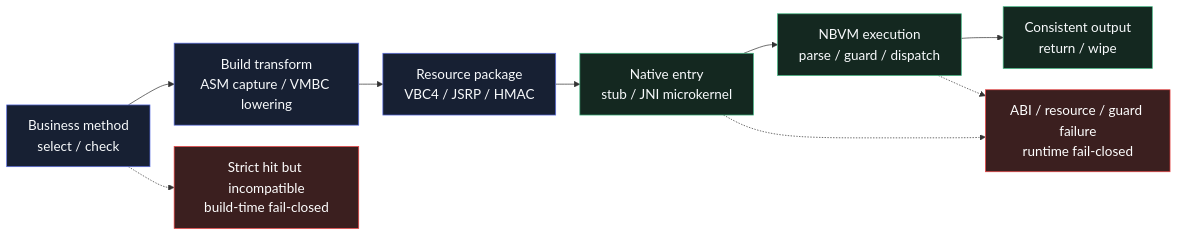
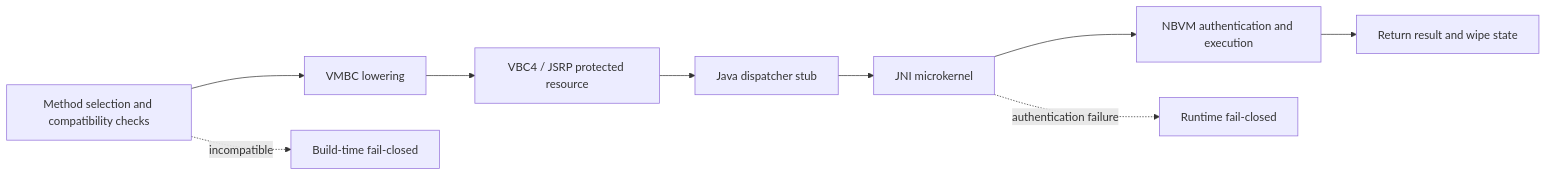
Before and after one commit to HHT0rro/JavaShroud: the diagram in README_EN.md, drawn with Mermaid. The commit also changed other lines of this file and 4 other files, not shown here.

````diff
--- a/README_EN.md
+++ b/README_EN.md
@@ -48,21 +48,11 @@
 ```mermaid
-%%{init: {"themeVariables": {"fontSize": "19px", "fontFamily": "Arial, sans-serif"}, "flowchart": {"nodeSpacing": 30, "rankSpacing": 34, "curve": "basis"}} }%%
 flowchart LR
-  classDef main fill:#172033,stroke:#5b6ee1,color:#f8fafc,stroke-width:1px,font-size:19px;
-  classDef runtime fill:#142820,stroke:#42b883,color:#f8fafc,stroke-width:1px,font-size:19px;
-  classDef gate fill:#3b1f1f,stroke:#ef4444,color:#fff,stroke-width:1px,font-size:19px;
-
-  A["Business method<br/>select / check"] --> B["Build transform<br/>ASM capture / VMBC lowering"]
-  B --> C["Resource package<br/>VBC4 / JSRP / HMAC"]
-  C --> D["Native entry<br/>stub / JNI microkernel"]
-  D --> E["NBVM execution<br/>parse / guard / dispatch"]
-  E --> F["Consistent output<br/>return / wipe"]
-
-  A -.-> G["Strict hit but incompatible<br/>build-time fail-closed"]
-  D -.-> H["ABI / resource / guard failure<br/>runtime fail-closed"]
-  E -.-> H
-
-  class A,B,C main;
-  class D,E,F runtime;
-  class G,H gate;
+  A["Method selection and compatibility checks"] --> B["VMBC lowering"]
+  B --> C["VBC4 / JSRP protected resource"]
+  C --> D["Java dispatcher stub"]
+  D --> E["JNI microkernel"]
+  E --> F["NBVM authentication and execution"]
+  F --> G["Return result and wipe state"]
+  A -.incompatible.-> X["Build-time fail-closed"]
+  E -.authentication failure.-> Y["Runtime fail-closed"]
 ```
````
